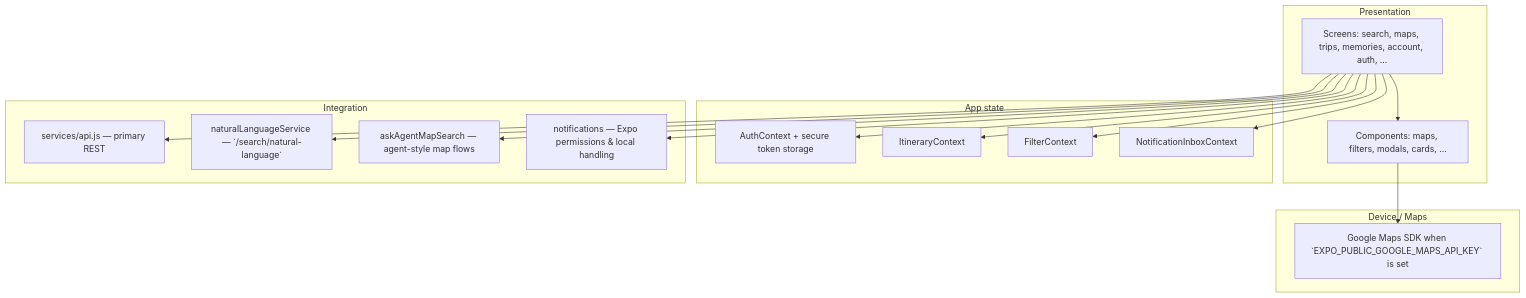
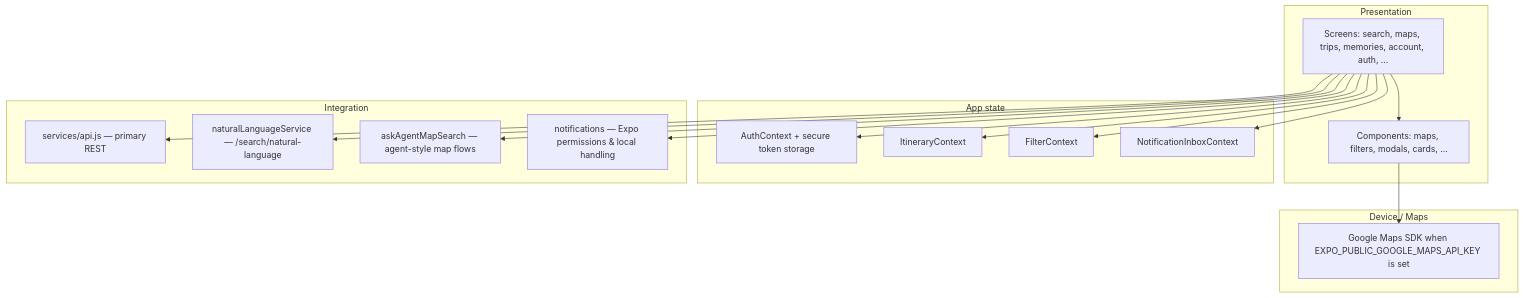
Before and after one commit to lonestar92s/overlap: the second of 4 diagrams in ARCHITECTURE.md, drawn with Mermaid. The commit also changed other lines of this file, not shown here.

Commit message:
fix mermaid diagram rendering

````diff
--- a/ARCHITECTURE.md
+++ b/ARCHITECTURE.md
@@ -60,37 +60,37 @@
 ```mermaid
 flowchart TB
   subgraph presentation["Presentation"]
     SCR["Screens: search, maps, trips, memories, account, auth, …"]
     CMP["Components: maps, filters, modals, cards, …"]
   end
 
   subgraph state["App state"]
     AUTH_CTX["AuthContext + secure token storage"]
     ITIN["ItineraryContext"]
     FILT["FilterContext"]
     NINBOX["NotificationInboxContext"]
   end
 
   subgraph integration["Integration"]
     API["services/api.js — primary REST"]
-    NLP["naturalLanguageService — `/search/natural-language`"]
+    NLP["naturalLanguageService — /search/natural-language"]
     AGENT_MAP["askAgentMapSearch — agent-style map flows"]
     NOTIF["notifications — Expo permissions & local handling"]
   end
 
   SCR --> CMP
   SCR --> AUTH_CTX
   SCR --> ITIN
   SCR --> FILT
   SCR --> NINBOX
   SCR --> API
   SCR --> NLP
   SCR --> AGENT_MAP
   SCR --> NOTIF
 
   subgraph device["Device / Maps"]
-    GMAPS["Google Maps SDK when `EXPO_PUBLIC_GOOGLE_MAPS_API_KEY` is set"]
+    GMAPS["Google Maps SDK when EXPO_PUBLIC_GOOGLE_MAPS_API_KEY is set"]
   end
 
   CMP --> GMAPS
 ```
````
